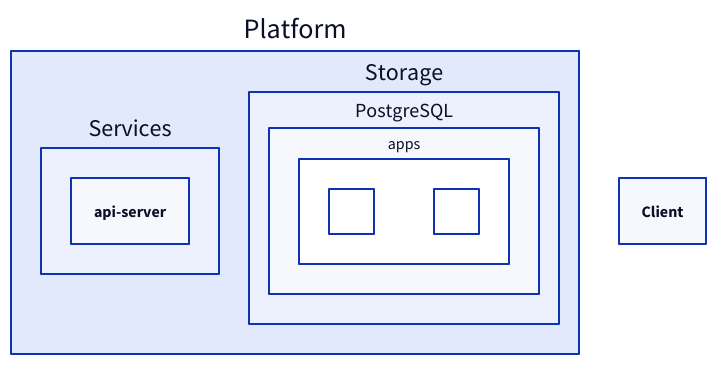
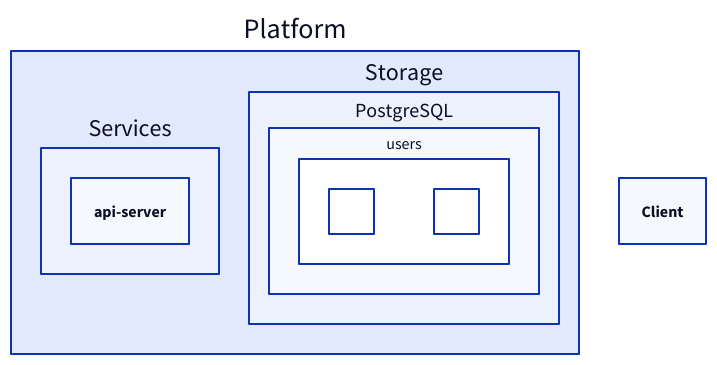
One commit to socksy/a2 changed the diagram in examples/base.d2. Above: the diagram before and after it, drawn with D2. The commit also changed 4 other files, not shown here.

```diff
--- a/examples/base.d2
+++ b/examples/base.d2
@@ -1,19 +1,19 @@
 Platform: {
   Services: {
     API: {
       label: api-server
     }
   }
   Storage: {
     DB: {
       label: PostgreSQL
-      apps: {
+      users: {
         class: table
         id: " "
-        name: " "
+        email: " "
       }
     }
   }
 }
 
 Client
```
